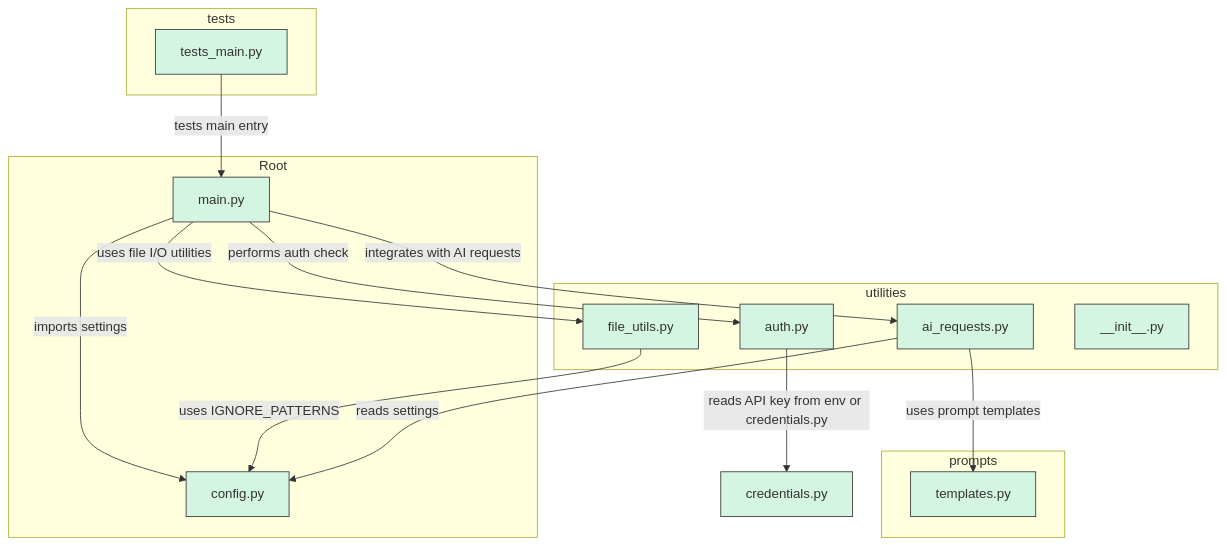
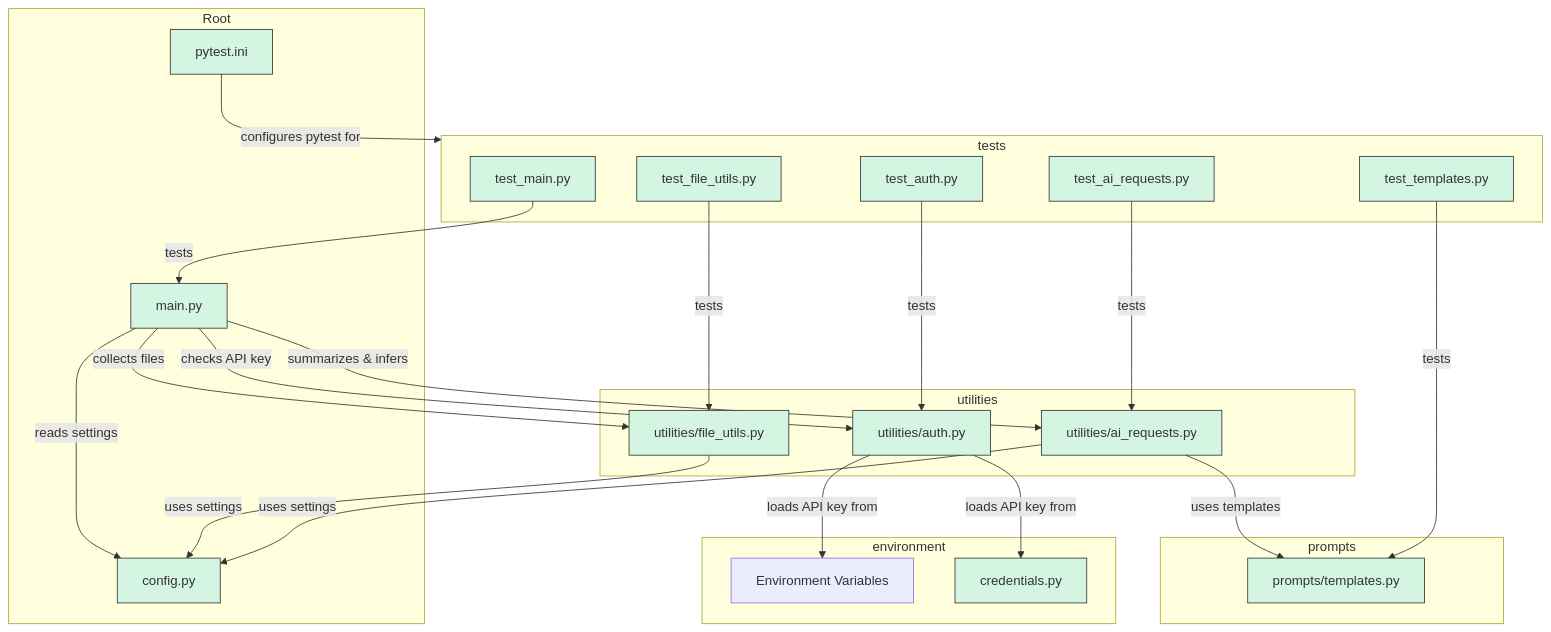
The diagram in README.md (scmgustafson/code2chart-action), drawn with Mermaid before and after one commit.

Commit message:
Add automated Mermaid to README

````diff
--- a/README.md
+++ b/README.md
@@ -4,36 +4,50 @@
 ```mermaid
-%%{init: {"theme": "default"}}%%
+%%{init: {"theme":"default"}}%%
 graph TD
-    subgraph Root
-        CONF[config.py]
-        MAIN[main.py]
-    end
-    subgraph utilities
-        FU[file_utils.py]
-        AUTH[auth.py]
-        AIREQ[ai_requests.py]
-        INIT[__init__.py]
-    end
-    subgraph prompts
-        TEMP[templates.py]
-    end
-    subgraph tests
-        TM[tests_main.py]
-    end
-    CRED[credentials.py]
+  subgraph "Root"
+    CP[config.py]
+    MP[main.py]
+    PN[pytest.ini]
+  end
+  subgraph "utilities"
+    PUU[utilities/file_utils.py]
+    UAU[utilities/auth.py]
+    AUR[utilities/ai_requests.py]
+  end
+  subgraph "prompts"
+    PT[prompts/templates.py]
+  end
+  subgraph "environment"
+    EV[Environment Variables]
+    CR[credentials.py]
+  end
+  subgraph "tests"
+    TM1[test_main.py]
+    TM2[test_file_utils.py]
+    TM3[test_auth.py]
+    TM4[test_ai_requests.py]
+    TM5[test_templates.py]
+  end
 
-    MAIN -->|imports settings| CONF
-    MAIN -->|uses file I/O utilities| FU
-    MAIN -->|performs auth check| AUTH
-    MAIN -->|integrates with AI requests| AIREQ
+  MP -->|reads settings| CP
+  MP -->|collects files| PUU
+  MP -->|checks API key| UAU
+  MP -->|summarizes & infers| AUR
 
-    FU -->|uses IGNORE_PATTERNS| CONF
-    AUTH -->|reads API key from env or credentials.py| CRED
-    AIREQ -->|reads settings| CONF
-    AIREQ -->|uses prompt templates| TEMP
+  PUU -->|uses settings| CP
+  UAU -->|loads API key from| EV
+  UAU -->|loads API key from| CR
+  AUR -->|uses settings| CP
+  AUR -->|uses templates| PT
 
-    TM -->|tests main entry| MAIN
+  TM1 -->|tests| MP
+  TM2 -->|tests| PUU
+  TM3 -->|tests| UAU
+  TM4 -->|tests| AUR
+  TM5 -->|tests| PT
 
-    classDef file fill:#d5f5e3,stroke:#333,color:#333
-    class CONF,MAIN,FU,AUTH,AIREQ,INIT,TEMP,TM,CRED file
+  PN -->|configures pytest for| tests
+
+  classDef file fill:#d5f5e3,stroke:#333,color:#333
+  class CP,MP,PN,PUU,UAU,AUR,PT,CR,TM1,TM2,TM3,TM4,TM5 file
 ```
````
